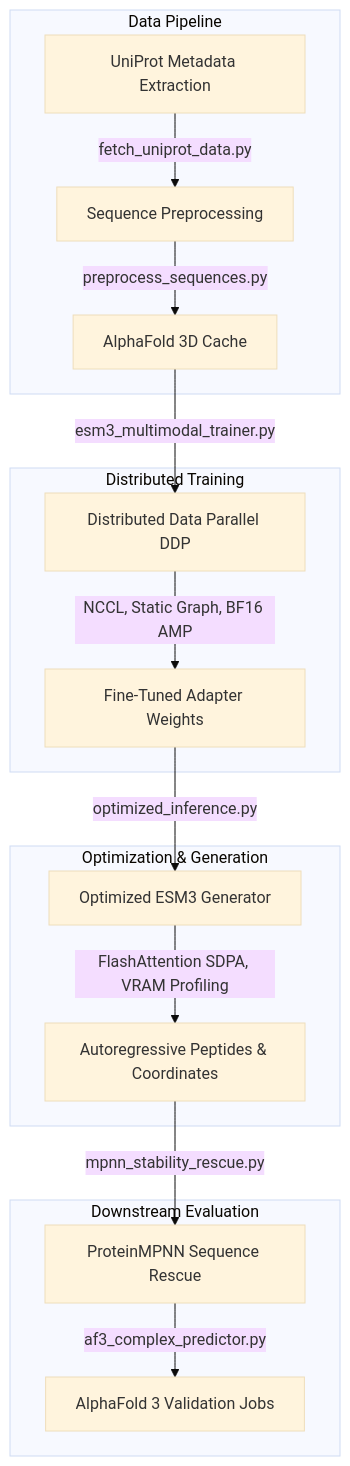
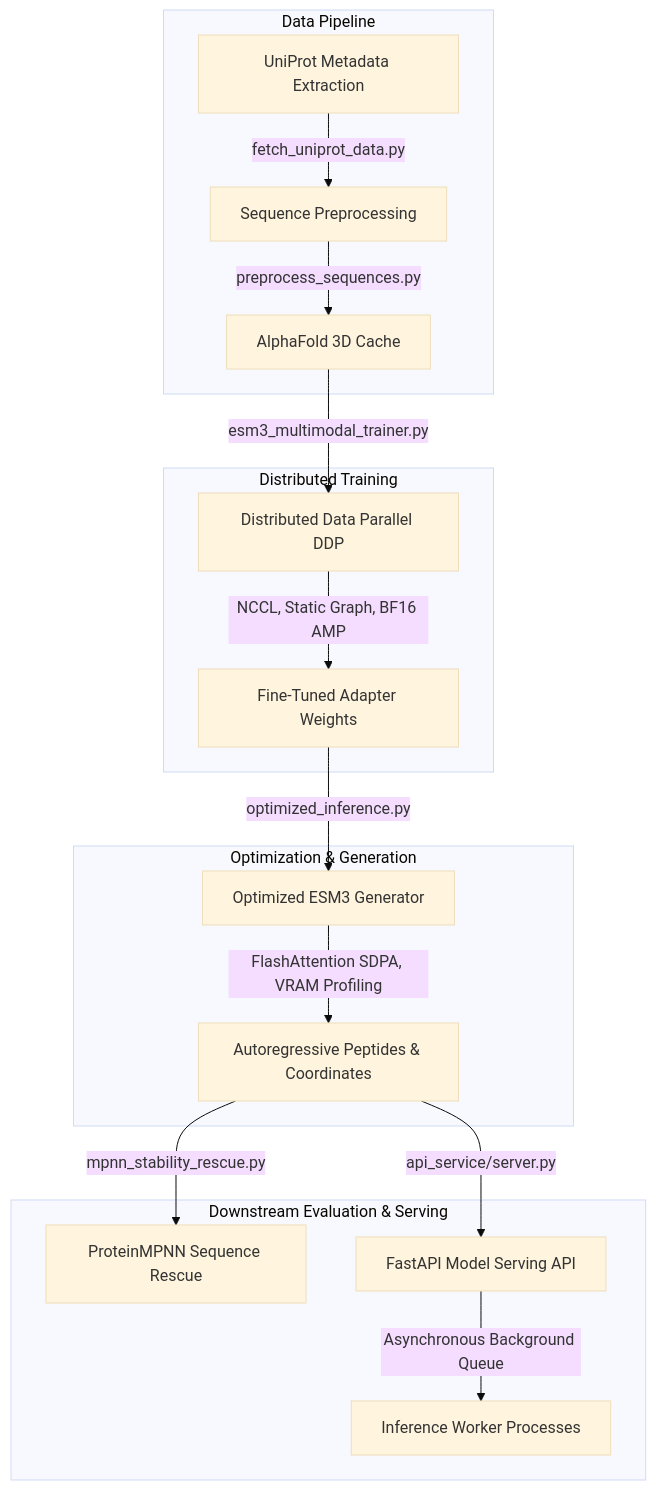
The diagram in README.md (QntmSeer/Somasays), drawn with Mermaid (base theme) before and after one commit. The commit also changed other lines of this file and 1 other file, not shown here.

Commit message:
feat: implement systems-optimized asynchronous model serving FastAPI edge service

````diff
--- a/README.md
+++ b/README.md
@@ -15,22 +15,23 @@
 ```mermaid
 graph TD
     subgraph Data Pipeline
         A[UniProt Metadata Extraction] -->|fetch_uniprot_data.py| B[Sequence Preprocessing]
         B -->|preprocess_sequences.py| C[AlphaFold 3D Cache]
     end
     
     subgraph Distributed Training
         C -->|esm3_multimodal_trainer.py| D[Distributed Data Parallel DDP]
         D -->|NCCL, Static Graph, BF16 AMP| E[Fine-Tuned Adapter Weights]
     end
     
     subgraph Optimization & Generation
         E -->|optimized_inference.py| F[Optimized ESM3 Generator]
         F -->|FlashAttention SDPA, VRAM Profiling| G[Autoregressive Peptides & Coordinates]
     end
     
-    subgraph Downstream Evaluation
+    subgraph Downstream Evaluation & Serving
         G -->|mpnn_stability_rescue.py| H[ProteinMPNN Sequence Rescue]
-        H -->|af3_complex_predictor.py| I[AlphaFold 3 Validation Jobs]
+        G -->|api_service/server.py| J[FastAPI Model Serving API]
+        J -->|Asynchronous Background Queue| K[Inference Worker Processes]
     end
 ```
````
